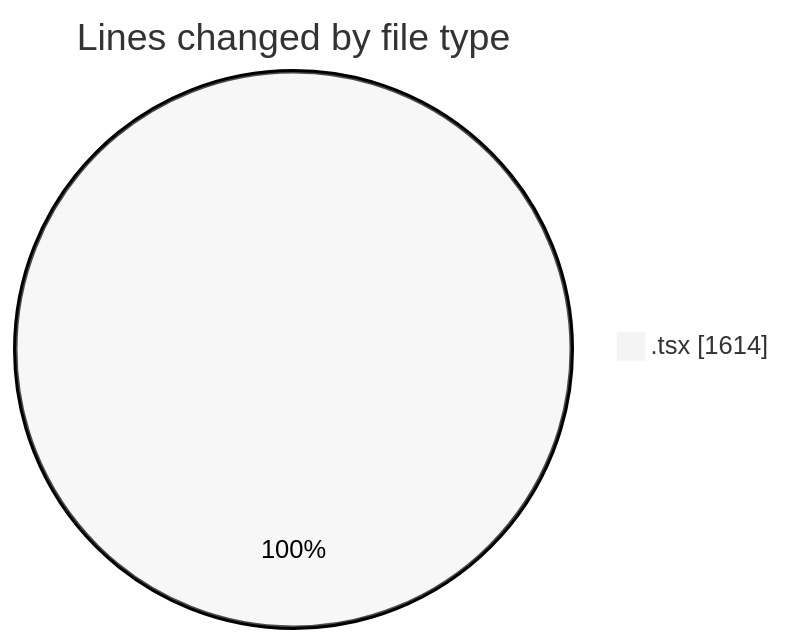
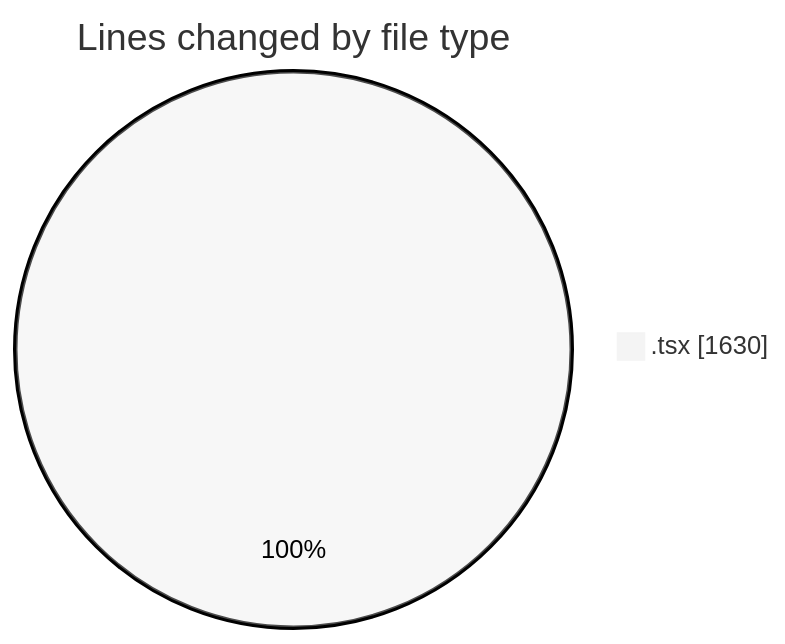
Before and after one commit to momahboobian/code-tracking: the first of 2 diagrams in 2025-06-12/cda/README.md, drawn with Mermaid (neutral theme). The commit also changed other lines of this file and 1 other file, not shown here.

````diff
--- a/2025-06-12/cda/README.md
+++ b/2025-06-12/cda/README.md
@@ -22,5 +22,5 @@
 ```mermaid
 pie showData
 title Lines changed by file type
-".tsx" : 1614
+".tsx" : 1630
 ```
````
